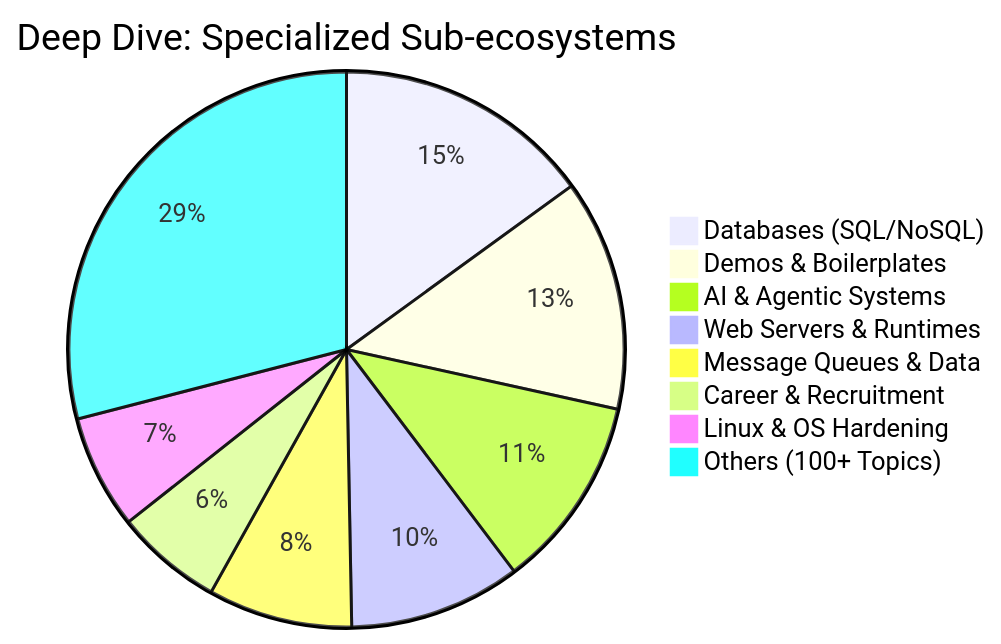
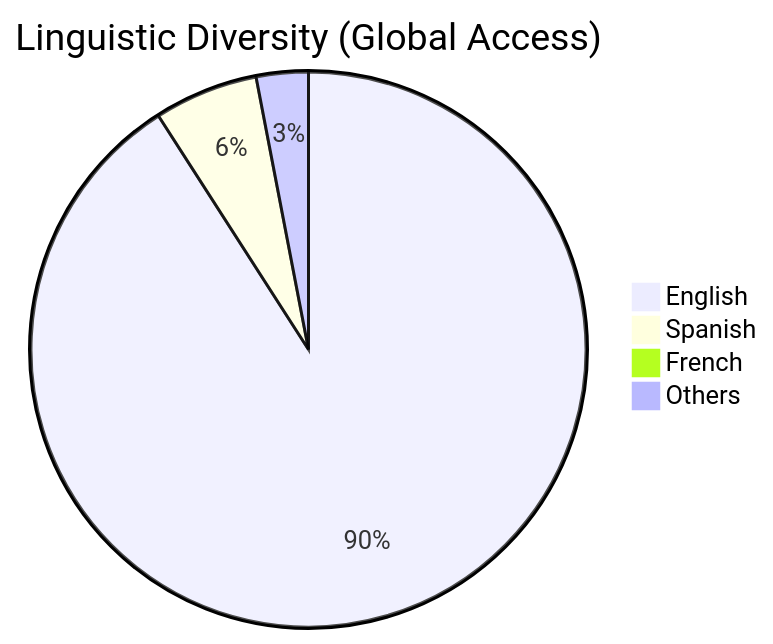
Before and after one commit to nubenetes/awesome-kubernetes: the second of 9 diagrams in README.md, drawn with Mermaid. The commit also changed other lines of this file and 1 other file, not shown here.

````diff
--- a/README.md
+++ b/README.md
@@ -147,11 +205,7 @@
 ```mermaid
-pie title Deep Dive: Specialized Sub-ecosystems
-    "Databases (SQL/NoSQL)" : 600
-    "Demos & Boilerplates" : 538
-    "AI & Agentic Systems" : 450
-    "Web Servers & Runtimes" : 400
-    "Message Queues & Data" : 336
-    "Career & Recruitment" : 250
-    "Linux & OS Hardening" : 265
-    "Others (100+ Topics)" : 1161
+pie title Linguistic Diversity (Global Access)
+    "English" : 14031
+    "Spanish" : 935
+    "French" : 155
+    "Others" : 467
 ```
````
